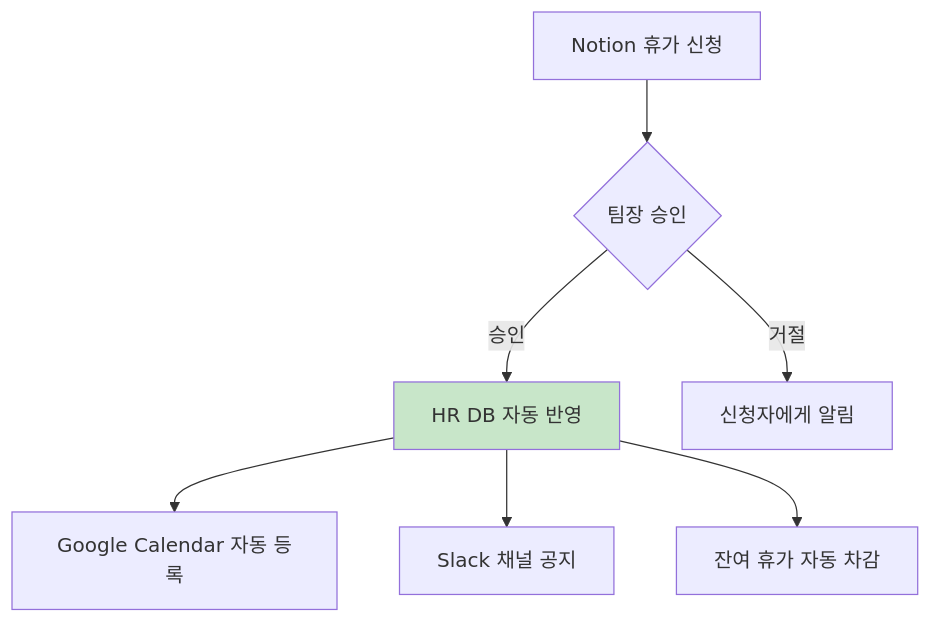
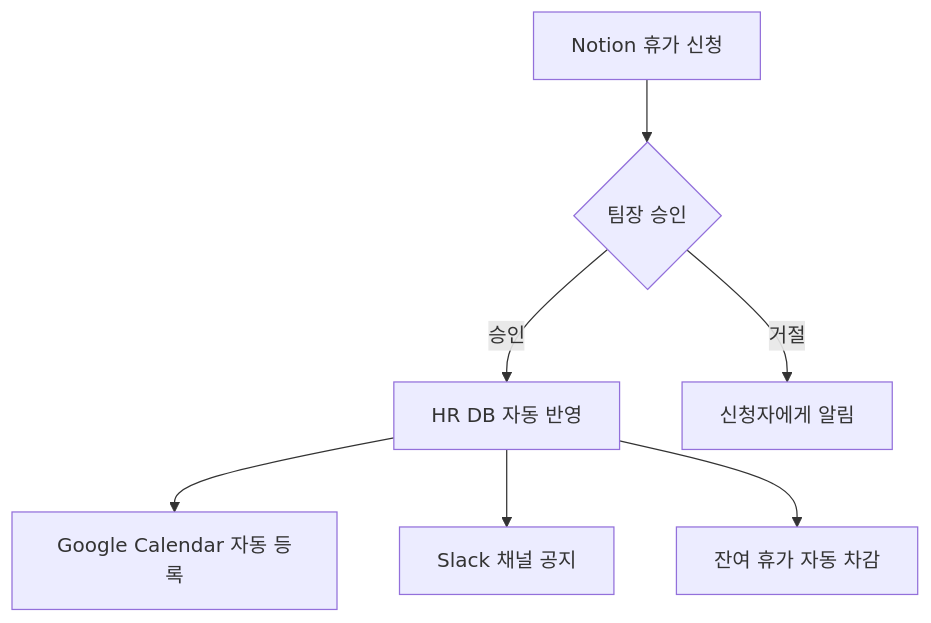
Before and after one commit to nugurejeil/weniVooks: diagram 15 of 23 in _md/genai-notion/chapter06/06-3.md, drawn with Mermaid. The commit also changed other lines of this file and 187 other files, not shown here.

````diff
--- a/_md/genai-notion/chapter06/06-3.md
+++ b/_md/genai-notion/chapter06/06-3.md
@@ -489,12 +465,10 @@
 ```mermaid
 graph TD
     A[Notion 휴가 신청] --> B{팀장 승인}
     B -->|승인| C[HR DB 자동 반영]
     B -->|거절| D[신청자에게 알림]
 
     C --> E[Google Calendar 자동 등록]
     C --> F[Slack 채널 공지]
     C --> G[잔여 휴가 자동 차감]
-
-    style C fill:#C8E6C9
 ```
````
